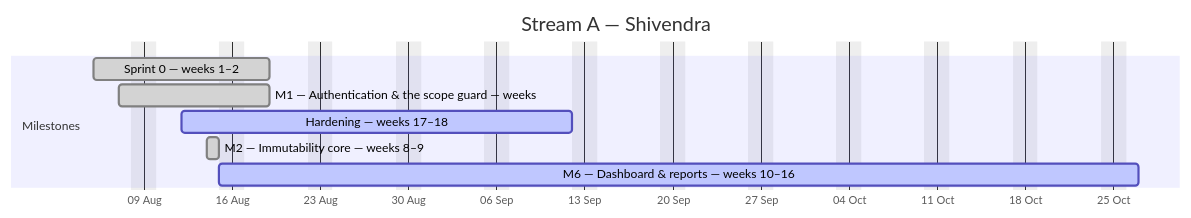
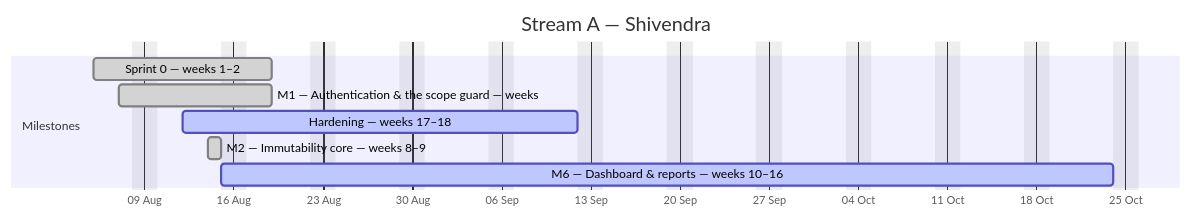
The first of 4 diagrams in docs/plan/GANTT.md (debashisedunext/EduTrack), drawn with Mermaid before and after one commit. The commit also changed other lines of this file and 2 other files, not shown here.

````diff
--- a/docs/plan/GANTT.md
+++ b/docs/plan/GANTT.md
@@ -113,13 +113,13 @@
 ```mermaid
 gantt
     dateFormat YYYY-MM-DD
     axisFormat %d %b
     title Stream A — Shivendra
     excludes weekends
     section Milestones
     Sprint 0 — weeks 1–2 :done, a0, 2026-08-05, 10d
     M1 — Authentication & the scope guard — weeks :done, a1, 2026-08-07, 8d
     Hardening — weeks 17–18 :active, a2, 2026-08-12, 23d
     M2 — Immutability core — weeks 8–9 :done, a3, 2026-08-14, 1d
-    M6 — Dashboard & reports — weeks 10–16 :active, a4, 2026-08-15, 52d
+    M6 — Dashboard & reports — weeks 10–16 :active, a4, 2026-08-15, 51d
 ```
````
